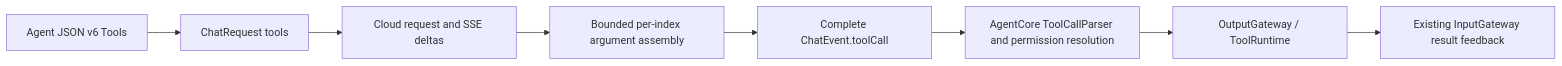
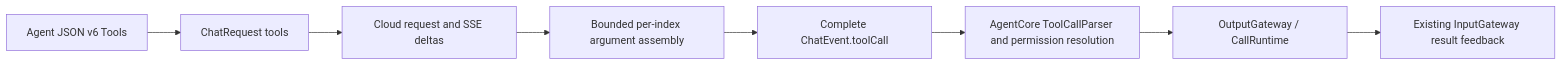
Before and after one commit to devilyouwei/MobileHarness: the fifth of 5 diagrams in MobileHarness/Agents/Assistant/README.md, drawn with Mermaid. The commit also changed other lines of this file and 238 other files, not shown here.

First line of the commit message:
Separate callable Actions from Gateway execution and call protocols

````diff
--- a/MobileHarness/Agents/Assistant/README.md
+++ b/MobileHarness/Agents/Assistant/README.md
@@ -246,10 +246,10 @@
 ```mermaid
 flowchart LR
     JSON[Agent JSON v6 Tools] --> Request[ChatRequest tools]
     Request --> Cloud[Cloud request and SSE deltas]
     Cloud --> Join[Bounded per-index argument assembly]
     Join --> Call[Complete ChatEvent.toolCall]
     Call --> Resolve[AgentCore ToolCallParser and permission resolution]
-    Resolve --> Gateway[OutputGateway / ToolRuntime]
+    Resolve --> Gateway[OutputGateway / CallRuntime]
     Gateway --> Result[Existing InputGateway result feedback]
 ```
````
